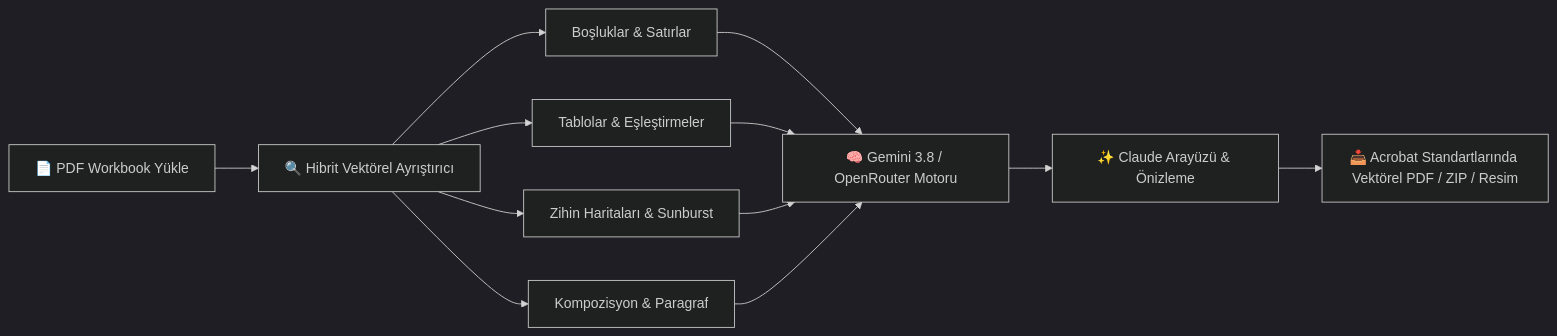
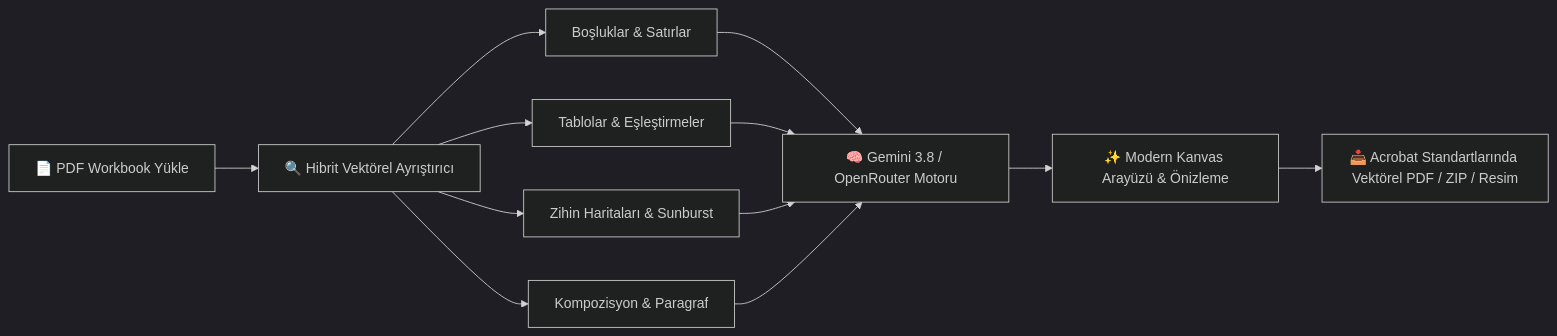
One commit to Rel0adediso/Prepmate-PDF changed the diagram in README.md. Above: the diagram before and after it, drawn with Mermaid (dark theme). The commit also changed other lines of this file, not shown here.

````diff
--- a/README.md
+++ b/README.md
@@ -65,11 +65,11 @@
 ```mermaid
 flowchart LR
     A["📄 PDF Workbook Yükle"] --> B["🔍 Hibrit Vektörel Ayrıştırıcı"]
     B --> C1["Boşluklar & Satırlar"]
     B --> C2["Tablolar & Eşleştirmeler"]
     B --> C3["Zihin Haritaları & Sunburst"]
     B --> C4["Kompozisyon & Paragraf"]
     C1 & C2 & C3 & C4 --> D["🧠 Gemini 3.8 / OpenRouter Motoru"]
-    D --> E["✨ Claude Arayüzü & Önizleme"]
+    D --> E["✨ Modern Kanvas Arayüzü & Önizleme"]
     E --> F["📥 Acrobat Standartlarında Vektörel PDF / ZIP / Resim"]
 ```
````
